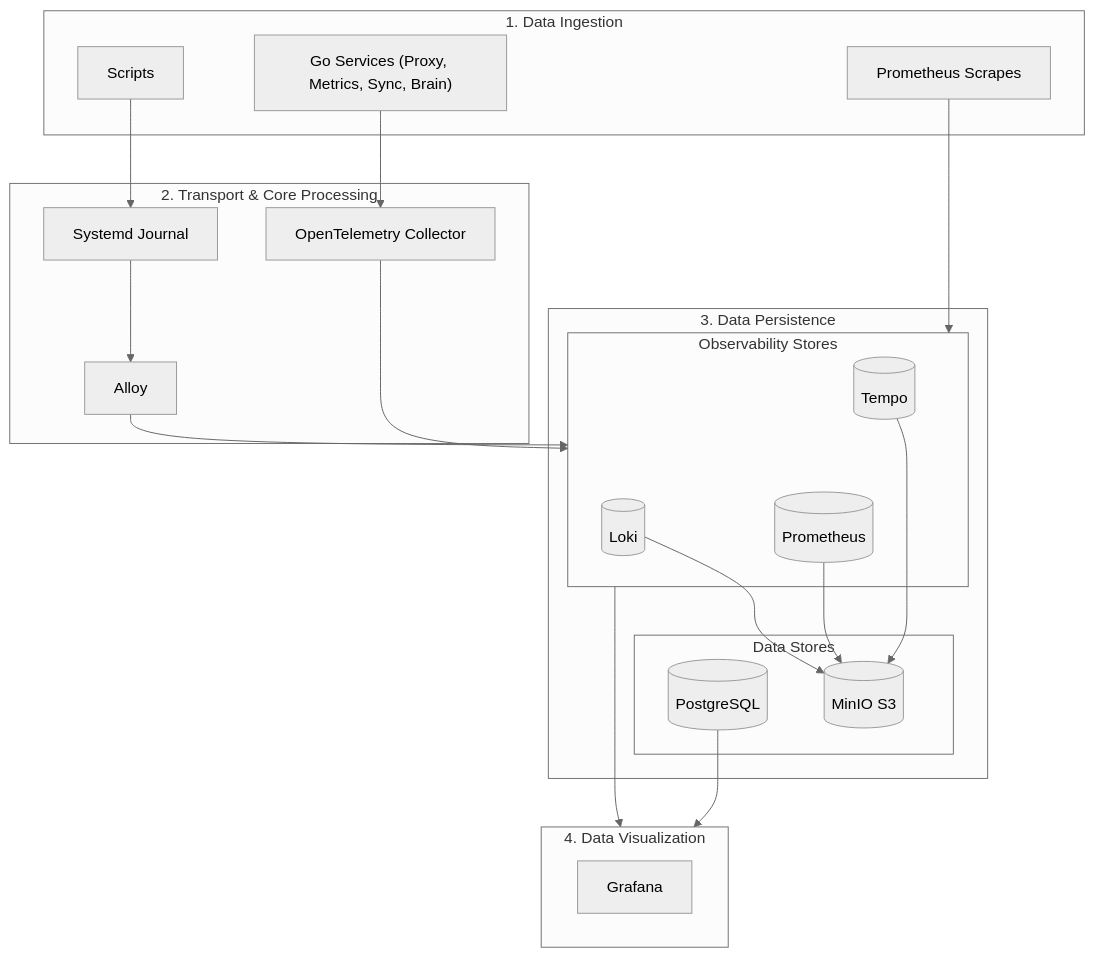
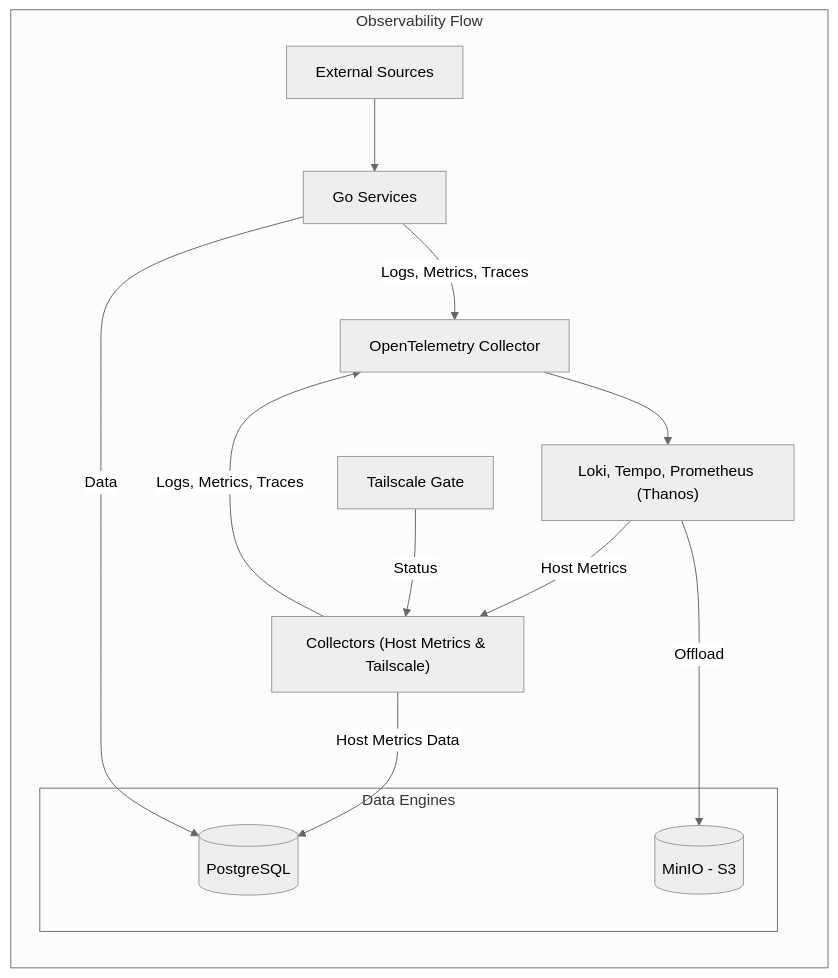
Before and after one commit to victoriacheng15/observability-hub: the diagram in docs/architecture/core-concepts/observability.md, drawn with Mermaid (neutral theme). The commit also changed other lines of this file and 29 other files, not shown here.

Commit message:
docs(architecture): update telemetry flow and OTel-first approach (#228)

````diff
--- a/docs/architecture/core-concepts/observability.md
+++ b/docs/architecture/core-concepts/observability.md
@@ -7,47 +7,33 @@
 ```mermaid
-graph TD
-    subgraph Ingestion ["1. Data Ingestion"]
-        ScriptLogs[Scripts]
-        GoServices["Go Services (Proxy, Metrics, Sync, Brain)"]
-        PromScrapes[Prometheus Scrapes]
-    end
+flowchart TB
+    subgraph ObservabilityFlow ["Observability Flow"]
+        direction TB
+        External["External Sources"]
 
-    subgraph Processing ["2. Transport & Core Processing"]
-        Journal[Systemd Journal]
-        Alloy[Alloy]
-        OpenTelemetry[OpenTelemetry Collector]
-    end
+        Gate[Tailscale Gate]
+        GoApps["Go Services"]
+        Collectors["Collectors (Host Metrics & Tailscale)"]
 
-    subgraph Persistence ["3. Data Persistence"]
-        subgraph ObservabilityStores ["Observability Stores"]
-            Loki[(Loki)]
-            Tempo[(Tempo)]
-            Prometheus[(Prometheus)]
-        end
+        OTEL[OpenTelemetry Collector]
 
-        subgraph DataStores ["Data Stores"]
-            PostgreSQL[(PostgreSQL)]
-            MinIO[(MinIO S3)]
+        Observability["Loki, Tempo, Prometheus (Thanos)"]
+        subgraph Storage ["Data Engines"]
+            PG[(PostgreSQL)]
+            S3[(MinIO - S3)]
         end
     end
 
-    subgraph Visualization ["4. Data Visualization"]
-        Grafana[Grafana]
-    end
+    %% Data Pipeline Connections
+    External --> GoApps
+    Observability -- "Host Metrics" --> Collectors
+    Gate -- "Status" --> Collectors
+    Collectors -- "Host Metrics Data" --> PG
+    GoApps -- Data --> PG
+
+    %% Telemetry Pipeline (OTLP)
+    GoApps & Collectors -- "Logs, Metrics, Traces" --> OTEL
     
-    %% Data Flow
-    ScriptLogs --> Journal
-    GoServices --> OpenTelemetry
-    PromScrapes --> ObservabilityStores
-
-    Journal --> Alloy
-    Alloy --> ObservabilityStores
-    OpenTelemetry --> ObservabilityStores
-    Tempo --> ObservabilityStores
-
-    Loki --> MinIO
-    Tempo --> MinIO
-    Prometheus --> MinIO
-    PostgreSQL --> Visualization
-    ObservabilityStores --> Visualization
+    OTEL --> Observability
+    
+    Observability -- "Offload" --> S3
 ```
````
